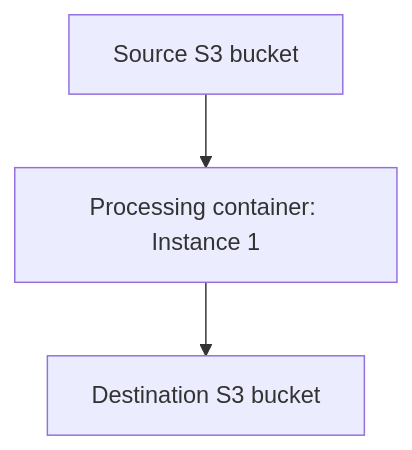
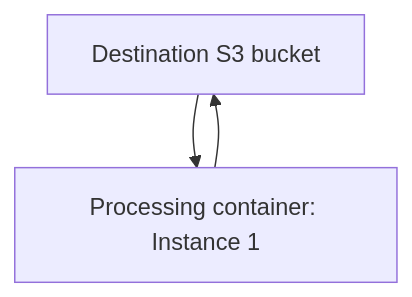
Before and after one commit to spShashankGit/Dev-Journal: the second of 2 diagrams in MLS-C01 notes.md, drawn with Mermaid.

Commit message:
Fix arrow direction in mermaid diagram

````diff
--- a/MLS-C01 notes.md
+++ b/MLS-C01 notes.md
@@ -91,5 +91,5 @@
 ```mermaid
 graph TD;
     A[Source S3 bucket] --> B[Processing container: Instance 1];
-    B[Processing container: Instance 1]-->C[Destination S3 bucket];
+    B[Processing container: Instance 1]-->A[Destination S3 bucket];
 ```
````
